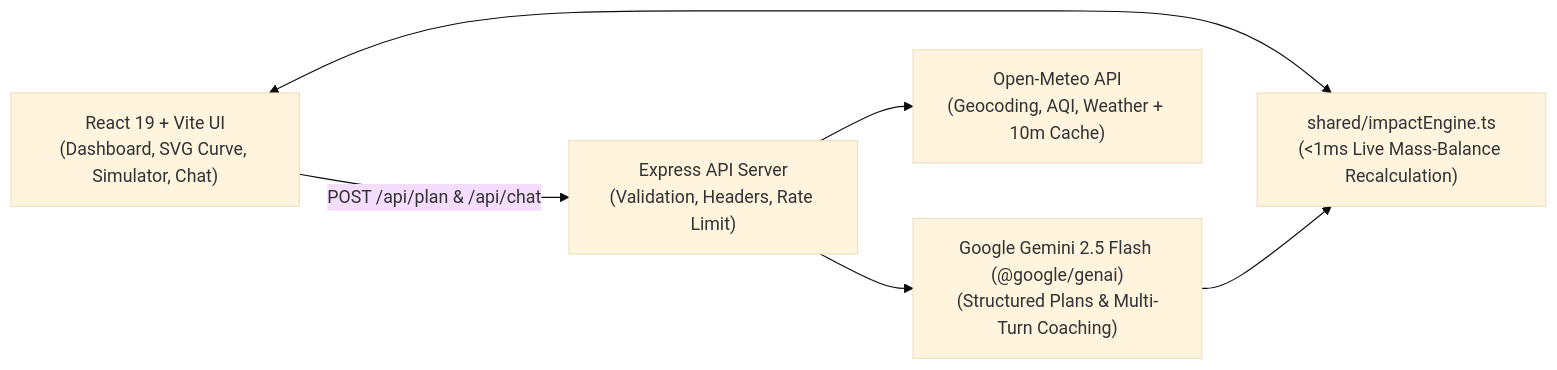
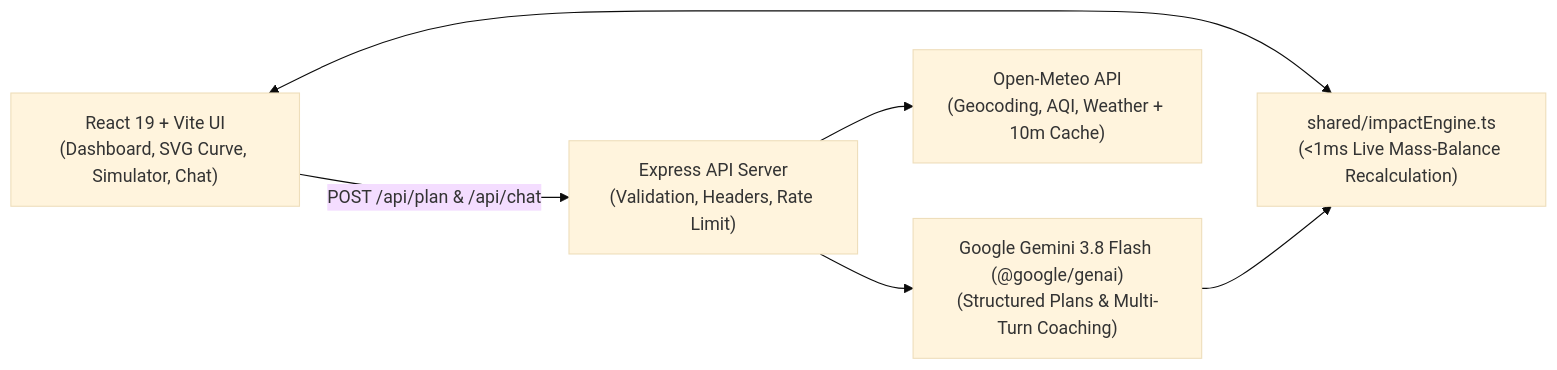
Before and after one commit to sachinn-alt/Airkin: the diagram in README.md, drawn with Mermaid (base theme). The commit also changed other lines of this file and 7 other files, not shown here.

Commit message:
Upgrade Gemini model to gemini-3.8-flash with multi-model retry chain

````diff
--- a/README.md
+++ b/README.md
@@ -61,14 +61,14 @@
 ```mermaid
 flowchart LR
     UI["React 19 + Vite UI<br/>(Dashboard, SVG Curve, Simulator, Chat)"]
     Shared["shared/impactEngine.ts<br/>(&lt;1ms Live Mass-Balance Recalculation)"]
     API["Express API Server<br/>(Validation, Headers, Rate Limit)"]
     Meteo["Open-Meteo API<br/>(Geocoding, AQI, Weather + 10m Cache)"]
-    Gemini["Google Gemini 2.5 Flash (@google/genai)<br/>(Structured Plans &amp; Multi-Turn Coaching)"]
+    Gemini["Google Gemini 3.8 Flash (@google/genai)<br/>(Structured Plans &amp; Multi-Turn Coaching)"]
 
     UI <--> Shared
     UI -->|POST /api/plan &amp; /api/chat| API
     API --> Meteo
     API --> Gemini
     Gemini --> Shared
 ```
````
